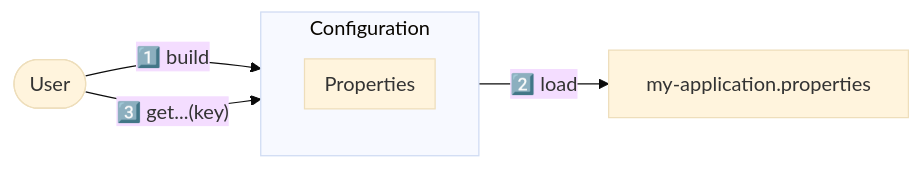
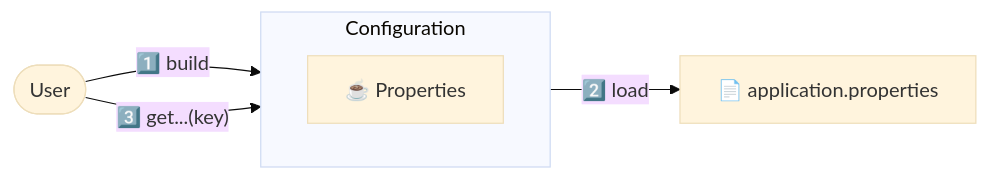
Before and after one commit to oswaldobapvicjr/confectory: the second of 3 diagrams in README.md, drawn with Mermaid (base theme). The commit also changed other lines of this file, not shown here.

Commit message:
Update diagrams and examples

````diff
--- a/README.md
+++ b/README.md
@@ -50,12 +50,10 @@
 ```mermaid
 flowchart LR
   subgraph Configuration
-    direction TB
-    subgraph Properties
-        direction RL
-    end
+    direction LR
+    object["☕ Properties"]
   end
-  u([User]) -- 1️⃣ build --> Configuration
-  Properties -- 2️⃣ load --> my-application.properties
+  u(["User"]) -- 1️⃣ build --> Configuration
+  object -- 2️⃣ load --> file["📄 application.properties"]
   u -- 3️⃣ get...(key) --> Configuration
 ```
````
